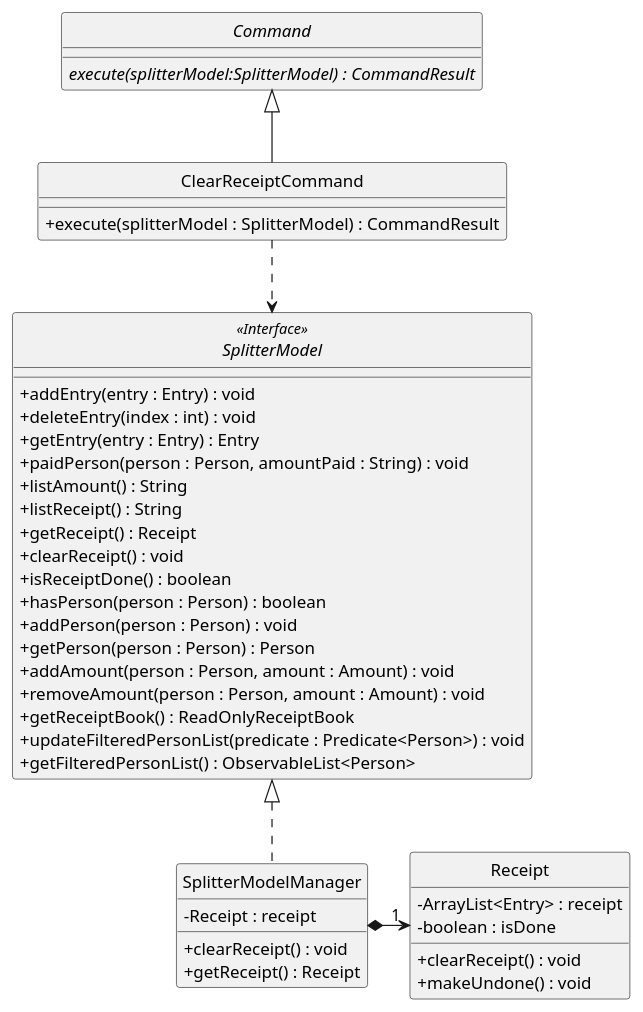
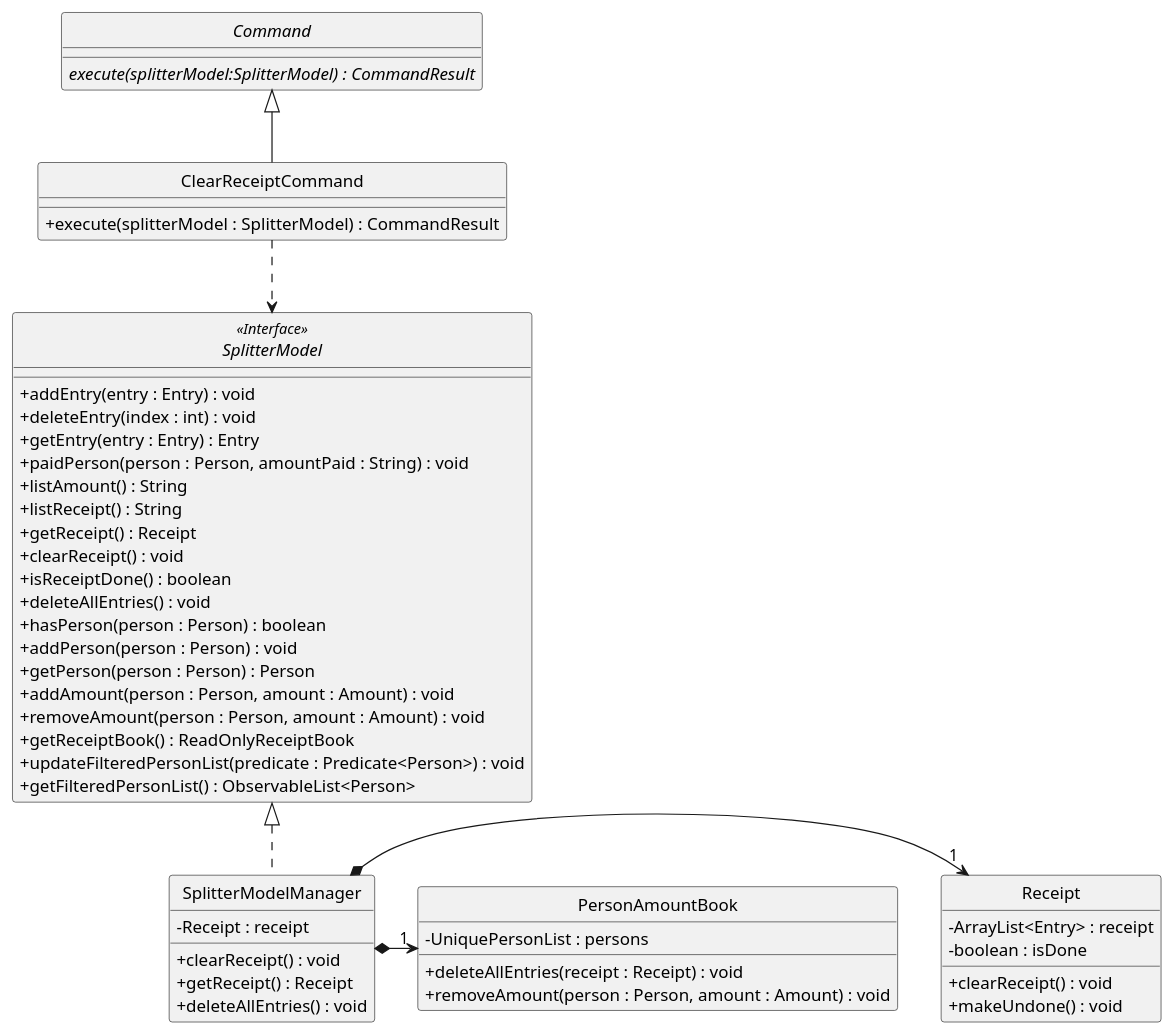
One commit to nus-cs2103-AY1920S2/addressbook-level3 changed the diagram in docs/diagrams/ExpenseSplitterClearReceiptCommandClassDiagram.puml. Above: the diagram before and after it, drawn with PlantUML. The commit also changed 7 other files, not shown here.

Commit message:
Updated AddItemCommand, DeleteItemCommand and ClearReceiptCommand Class Diagrams. Updated ClearReceiptCommand Sequence and Activity Diagrams

```diff
--- a/docs/diagrams/ExpenseSplitterClearReceiptCommandClassDiagram.puml
+++ b/docs/diagrams/ExpenseSplitterClearReceiptCommandClassDiagram.puml
@@ -1,64 +1,75 @@
 @startuml
 /' @author @ailanthustng'/
 
 skinparam backgroundColor #ffffff
 skinparam classAttributeIconSize 0
 hide circle
 
 
 abstract class Command {
     {abstract} execute(splitterModel:SplitterModel) : CommandResult
 }
 
 class ClearReceiptCommand extends Command {
     /' Fields '/
 
     /' Methods '/
     + execute(splitterModel : SplitterModel) : CommandResult
 }
 
 interface SplitterModel <<Interface>> {
     + addEntry(entry : Entry) : void
     + deleteEntry(index : int) : void
     + getEntry(entry : Entry) : Entry
     + paidPerson(person : Person, amountPaid : String) : void
     + listAmount() : String
     + listReceipt() : String
     + getReceipt() : Receipt
     + clearReceipt() : void
     + isReceiptDone() : boolean
+    + deleteAllEntries() : void
     + hasPerson(person : Person) : boolean
     + addPerson(person : Person) : void
     + getPerson(person : Person) : Person
     + addAmount(person : Person, amount : Amount) : void
     + removeAmount(person : Person, amount : Amount) : void
     + getReceiptBook() : ReadOnlyReceiptBook
     + updateFilteredPersonList(predicate : Predicate<Person>) : void
     + getFilteredPersonList() : ObservableList<Person>
 }
 
 class SplitterModelManager implements SplitterModel {
     /' Fields '/
     - Receipt : receipt
 
     /' Methods '/
     + clearReceipt() : void
     + getReceipt() : Receipt
+    + deleteAllEntries() : void
 }
 
 class Receipt {
     /' Fields '/
     - ArrayList<Entry> : receipt
     - boolean : isDone
 
     /' Methods '/
     + clearReceipt() : void
     + makeUndone() : void
 }
 
+class PersonAmountBook {
+    /' Fields '/
+    - UniquePersonList : persons
+
+    /' Methods '/
+    + deleteAllEntries(receipt : Receipt) : void
+    + removeAmount(person : Person, amount : Amount) : void
+}
 
 ClearReceiptCommand ..> SplitterModel
 SplitterModelManager *-right->"1" Receipt
+SplitterModelManager *-right->"1" PersonAmountBook
 
 
 @enduml
```
